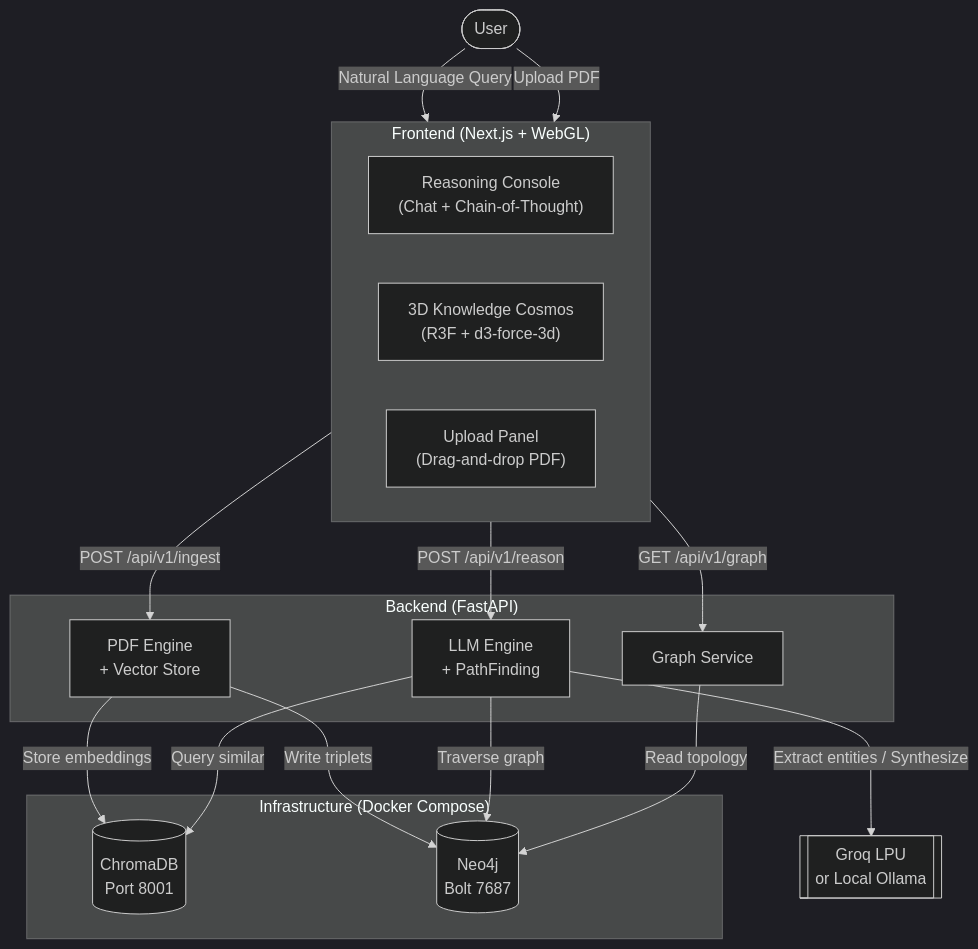
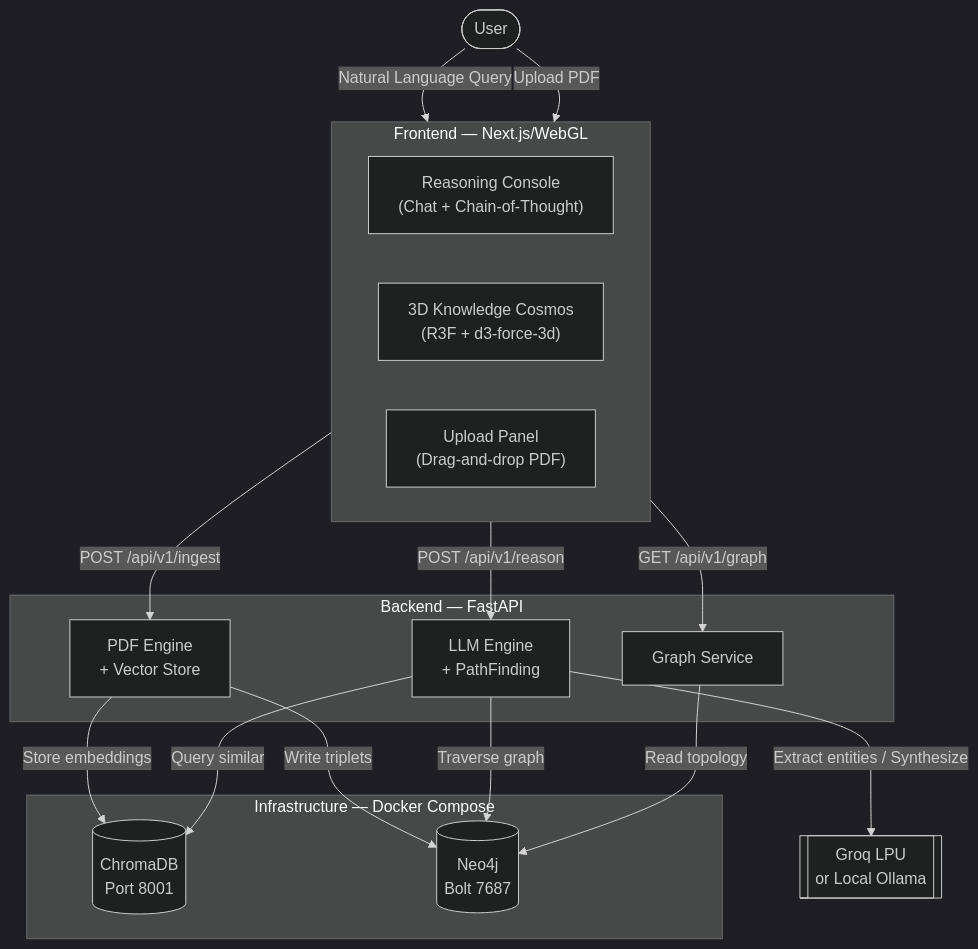
One commit to sakshi-kadian/aurelius changed the diagram in README.md. Above: the diagram before and after it, drawn with Mermaid (dark theme). The commit also changed 1 other file, not shown here.

````diff
--- a/README.md
+++ b/README.md
@@ -32,33 +32,33 @@
 ```mermaid
 graph TD
     User([User]) -->|Natural Language Query| FE
     User -->|Upload PDF| FE
 
-    subgraph FE ["Frontend (Next.js + WebGL)"]
+    subgraph FE [Frontend — Next.js/WebGL]
         Console["Reasoning Console<br>(Chat + Chain-of-Thought)"] 
         Canvas["3D Knowledge Cosmos<br>(R3F + d3-force-3d)"]
         Upload["Upload Panel<br>(Drag-and-drop PDF)"]
     end
 
     FE -->|POST /api/v1/ingest| Ingest
     FE -->|POST /api/v1/reason| Reason
     FE -->|GET /api/v1/graph| Graph
 
-    subgraph BE ["Backend (FastAPI)"]
+    subgraph BE [Backend — FastAPI]
         Ingest["PDF Engine<br>+ Vector Store"]
         Reason["LLM Engine<br>+ PathFinding"]
         Graph["Graph Service"]
     end
 
     Ingest -->|Store embeddings| Chroma[(ChromaDB<br>Port 8001)]
     Ingest -->|Write triplets| Neo4j[(Neo4j<br>Bolt 7687)]
     Reason -->|Query similar| Chroma
     Reason -->|Traverse graph| Neo4j
     Reason -->|Extract entities / Synthesize| LLM[["Groq LPU<br>or Local Ollama"]]
     Graph -->|Read topology| Neo4j
 
-    subgraph Infra ["Infrastructure (Docker Compose)"]
+    subgraph Infra [Infrastructure — Docker Compose]
         Chroma
         Neo4j
     end
 ```
````
